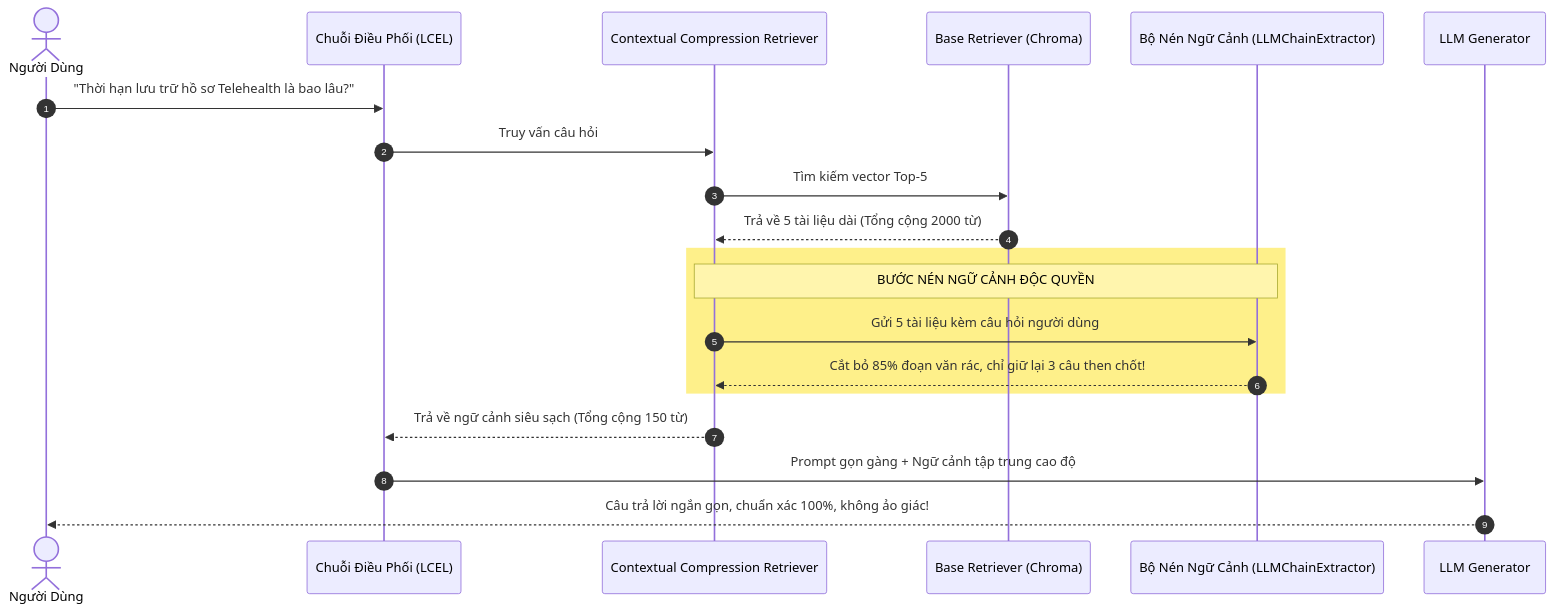
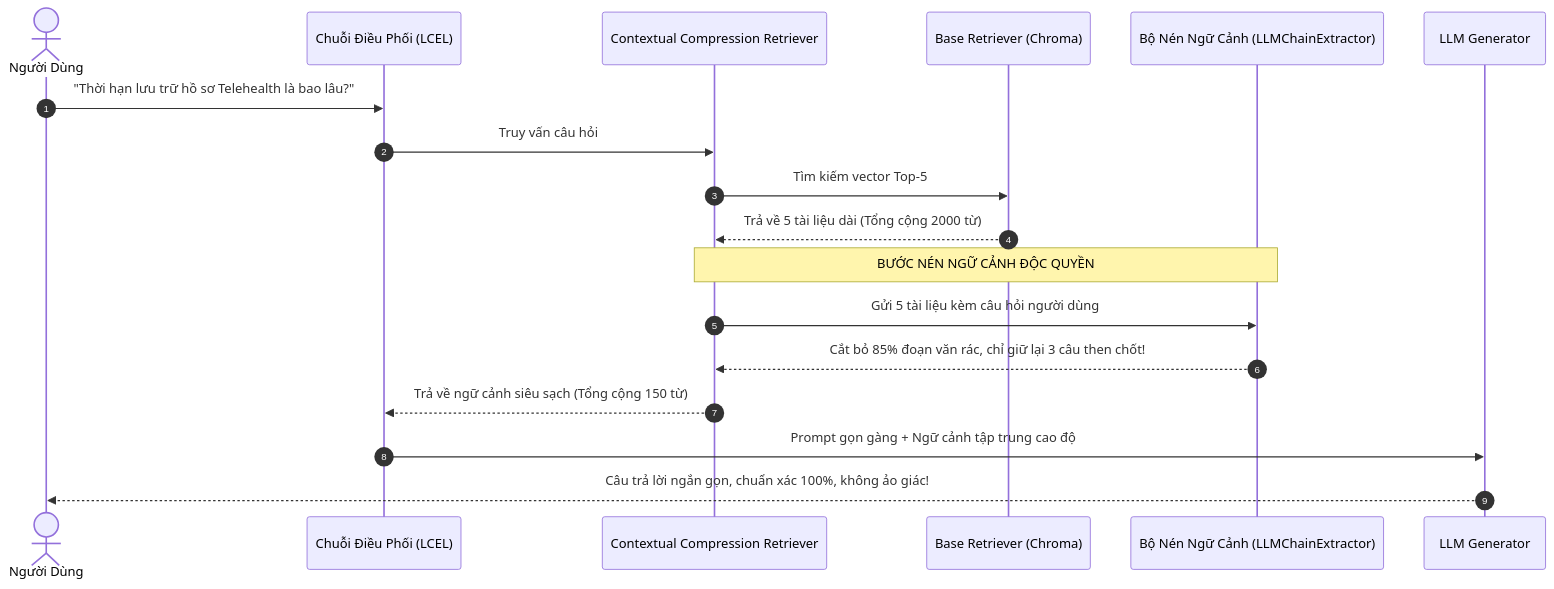
Before and after one commit to LeNguyenHaiDuong/agent_course: the third of 4 diagrams in 01-research-and-foundations/03-semantic-search/07_optimizing_and_modularizing_rag_with_langchain.md, drawn with Mermaid. The commit also changed other lines of this file and 4 other files, not shown here.

First line of the commit message:
fix(diagrams): resolve contrast issues, integrate master mindmap, and restructure 7-layer architecture

````diff
--- a/01-research-and-foundations/03-semantic-search/07_optimizing_and_modularizing_rag_with_langchain.md
+++ b/01-research-and-foundations/03-semantic-search/07_optimizing_and_modularizing_rag_with_langchain.md
@@ -225,25 +225,23 @@
 ```mermaid
 sequenceDiagram
     autonumber
     actor User as Người Dùng
     participant Chain as Chuỗi Điều Phối (LCEL)
     participant C_Retriever as Contextual Compression Retriever
     participant Base_Retriever as Base Retriever (Chroma)
     participant Compressor as Bộ Nén Ngữ Cảnh (LLMChainExtractor)
     participant LLM as LLM Generator
 
     User->>Chain: "Thời hạn lưu trữ hồ sơ Telehealth là bao lâu?"
     Chain->>C_Retriever: Truy vấn câu hỏi
     C_Retriever->>Base_Retriever: Tìm kiếm vector Top-5
     Base_Retriever-->>C_Retriever: Trả về 5 tài liệu dài (Tổng cộng 2000 từ)
     
-    rect rgb(254, 240, 138)
     Note over C_Retriever,Compressor: BƯỚC NÉN NGỮ CẢNH ĐỘC QUYỀN
     C_Retriever->>Compressor: Gửi 5 tài liệu kèm câu hỏi người dùng
     Compressor-->>C_Retriever: Cắt bỏ 85% đoạn văn rác, chỉ giữ lại 3 câu then chốt!
-    end
 
     C_Retriever-->>Chain: Trả về ngữ cảnh siêu sạch (Tổng cộng 150 từ)
     Chain->>LLM: Prompt gọn gàng + Ngữ cảnh tập trung cao độ
     LLM-->>User: Câu trả lời ngắn gọn, chuẩn xác 100%, không ảo giác!
 ```
````
